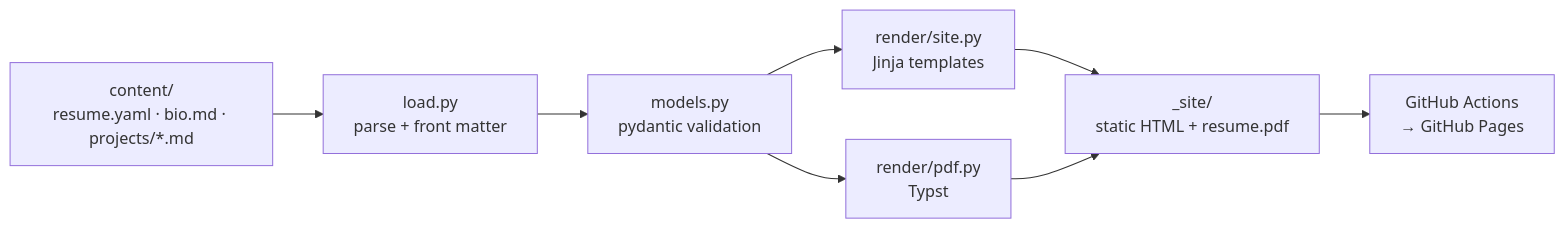
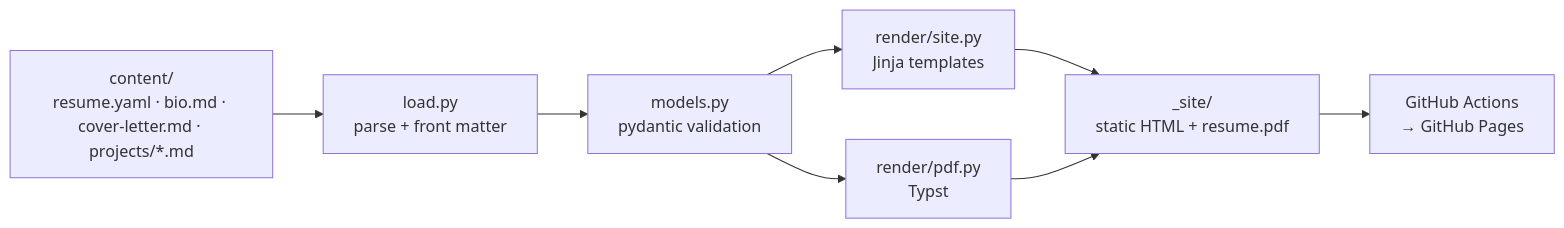
One commit to kyut0/kyut0.github.io changed the diagram in README.md. Above: the diagram before and after it, drawn with Mermaid. The commit also changed other lines of this file and 19 other files, not shown here.

Commit message:
feat(docs): add cover letter page, download button, etc

````diff
--- a/README.md
+++ b/README.md
@@ -13,10 +13,10 @@
 ```mermaid
 flowchart LR
-    A[content/<br>resume.yaml · bio.md · projects/*.md] --> B[load.py<br>parse + front matter]
+    A[content/<br>resume.yaml · bio.md · cover-letter.md · projects/*.md] --> B[load.py<br>parse + front matter]
     B --> C[models.py<br>pydantic validation]
     C --> D[render/site.py<br>Jinja templates]
     C --> P[render/pdf.py<br>Typst]
     D --> E[_site/<br>static HTML + resume.pdf]
     P --> E
     E --> F[GitHub Actions<br>→ GitHub Pages]
 ```
````
